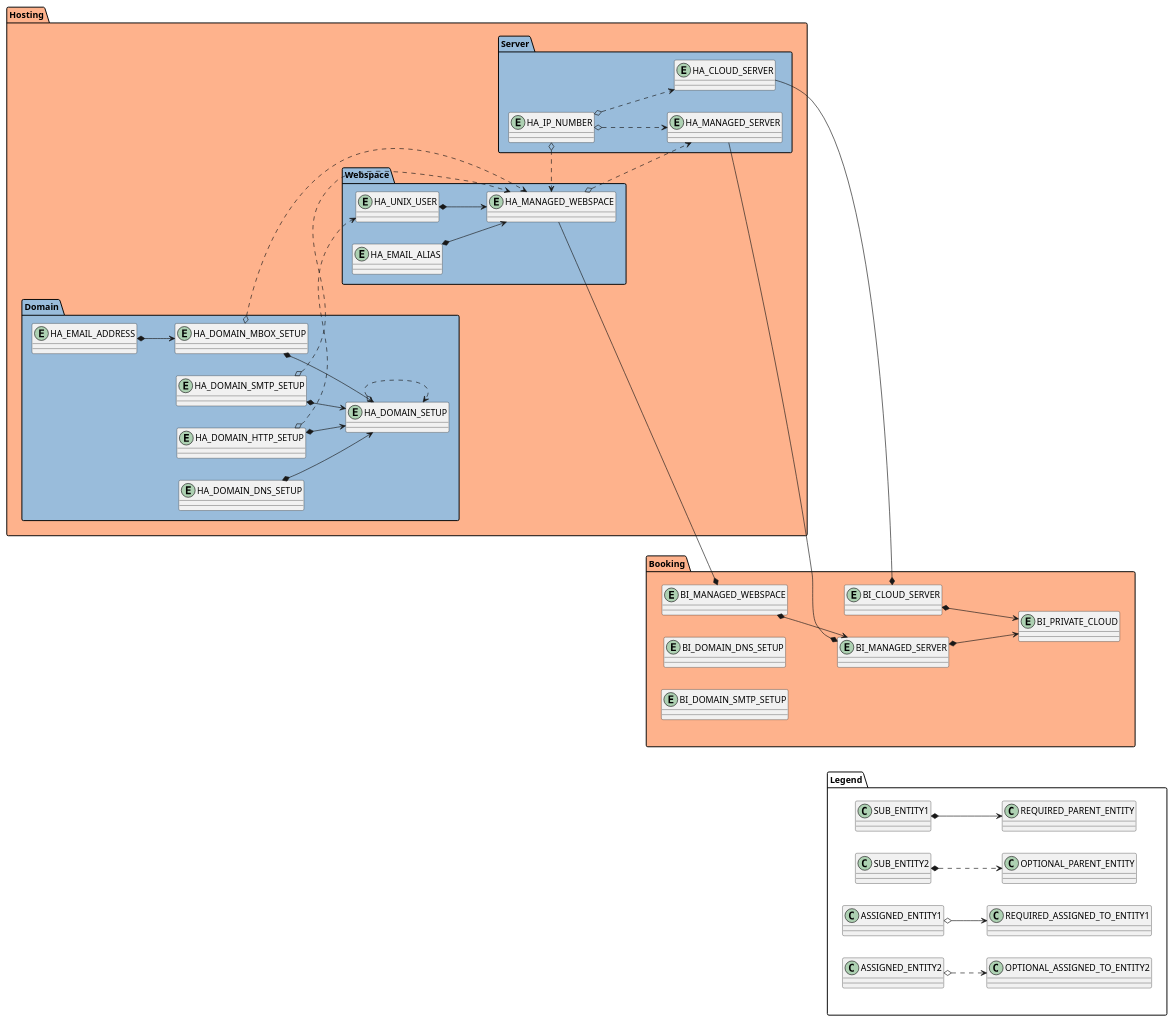
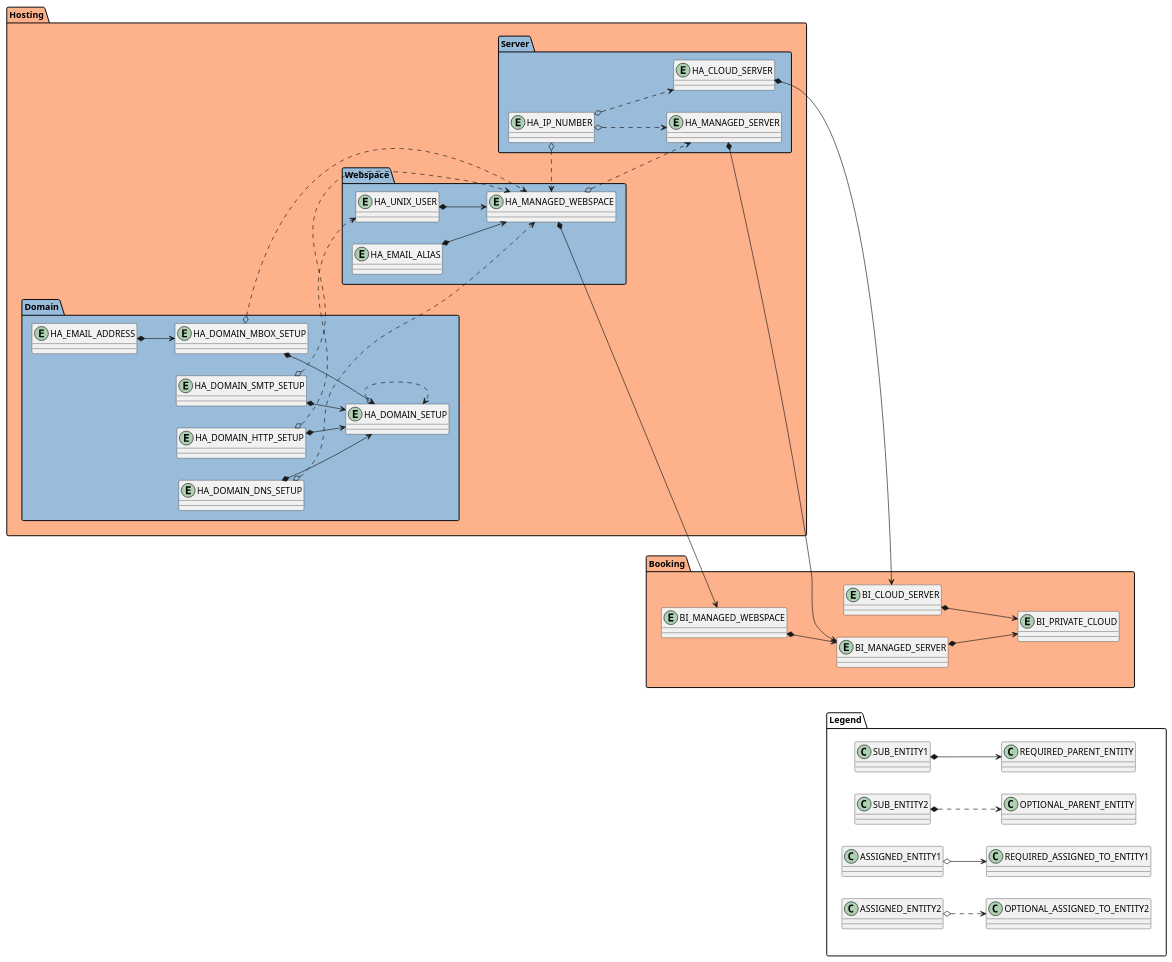
Before and after one commit to mhoennig/hs.hsadmin.ng: the first of 3 diagrams in doc/hs-hosting-asset-type-structure.md, drawn with PlantUML. The commit also changed other lines of this file and 26 other files, not shown here.

````diff
--- a/doc/hs-hosting-asset-type-structure.md
+++ b/doc/hs-hosting-asset-type-structure.md
@@ -5,68 +6,67 @@
 ```plantuml
 @startuml
 left to right direction
 
 package Booking #feb28c {
     entity BI_PRIVATE_CLOUD
     entity BI_CLOUD_SERVER
     entity BI_MANAGED_SERVER
     entity BI_MANAGED_WEBSPACE
-    entity BI_DOMAIN_DNS_SETUP
-    entity BI_DOMAIN_SMTP_SETUP
 }
 
 package Hosting #feb28c{
     package Domain #99bcdb {
-        entity HA_DOMAIN_SETUP        
-        entity HA_DOMAIN_DNS_SETUP        
-        entity HA_DOMAIN_HTTP_SETUP        
-        entity HA_DOMAIN_SMTP_SETUP        
-        entity HA_DOMAIN_MBOX_SETUP        
+        entity HA_DOMAIN_SETUP
+        entity HA_DOMAIN_DNS_SETUP
+        entity HA_DOMAIN_HTTP_SETUP
+        entity HA_DOMAIN_SMTP_SETUP
+        entity HA_DOMAIN_MBOX_SETUP
         entity HA_EMAIL_ADDRESS
     }
 
     package Server #99bcdb {
-        entity HA_CLOUD_SERVER        
-        entity HA_MANAGED_SERVER        
+        entity HA_CLOUD_SERVER
+        entity HA_MANAGED_SERVER
         entity HA_IP_NUMBER
     }
 
     package Webspace #99bcdb {
-        entity HA_MANAGED_WEBSPACE        
-        entity HA_UNIX_USER        
+        entity HA_MANAGED_WEBSPACE
+        entity HA_UNIX_USER
         entity HA_EMAIL_ALIAS
     }
 
 }
 
 BI_CLOUD_SERVER *--> BI_PRIVATE_CLOUD
 BI_MANAGED_SERVER *--> BI_PRIVATE_CLOUD
 BI_MANAGED_WEBSPACE *--> BI_MANAGED_SERVER
 
-HA_CLOUD_SERVER ==* BI_CLOUD_SERVER
-HA_MANAGED_SERVER ==* BI_MANAGED_SERVER
-HA_MANAGED_WEBSPACE ==* BI_MANAGED_WEBSPACE
+HA_CLOUD_SERVER *==> BI_CLOUD_SERVER
+HA_MANAGED_SERVER *==> BI_MANAGED_SERVER
+HA_MANAGED_WEBSPACE *==> BI_MANAGED_WEBSPACE
 HA_MANAGED_WEBSPACE o..> HA_MANAGED_SERVER
 HA_UNIX_USER *==> HA_MANAGED_WEBSPACE
+HA_EMAIL_ALIAS *==> HA_MANAGED_WEBSPACE
 HA_DOMAIN_SETUP o..> HA_DOMAIN_SETUP
 HA_DOMAIN_DNS_SETUP *==> HA_DOMAIN_SETUP
+HA_DOMAIN_DNS_SETUP o..> HA_MANAGED_WEBSPACE
 HA_DOMAIN_HTTP_SETUP *==> HA_DOMAIN_SETUP
 HA_DOMAIN_HTTP_SETUP o..> HA_UNIX_USER
 HA_DOMAIN_SMTP_SETUP *==> HA_DOMAIN_SETUP
 HA_DOMAIN_SMTP_SETUP o..> HA_MANAGED_WEBSPACE
 HA_DOMAIN_MBOX_SETUP *==> HA_DOMAIN_SETUP
 HA_DOMAIN_MBOX_SETUP o..> HA_MANAGED_WEBSPACE
-HA_EMAIL_ALIAS *==> HA_MANAGED_WEBSPACE
 HA_EMAIL_ADDRESS *==> HA_DOMAIN_MBOX_SETUP
 HA_IP_NUMBER o..> HA_CLOUD_SERVER
 HA_IP_NUMBER o..> HA_MANAGED_SERVER
 HA_IP_NUMBER o..> HA_MANAGED_WEBSPACE
 
 package Legend #white {
     SUB_ENTITY1 *--> REQUIRED_PARENT_ENTITY
     SUB_ENTITY2 *..> OPTIONAL_PARENT_ENTITY
     ASSIGNED_ENTITY1 o--> REQUIRED_ASSIGNED_TO_ENTITY1
     ASSIGNED_ENTITY2 o..> OPTIONAL_ASSIGNED_TO_ENTITY2
 }
 Booking -down[hidden]->Legend
 ```
````
